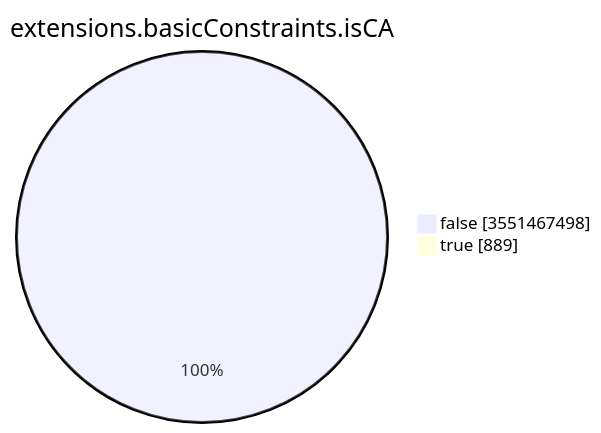
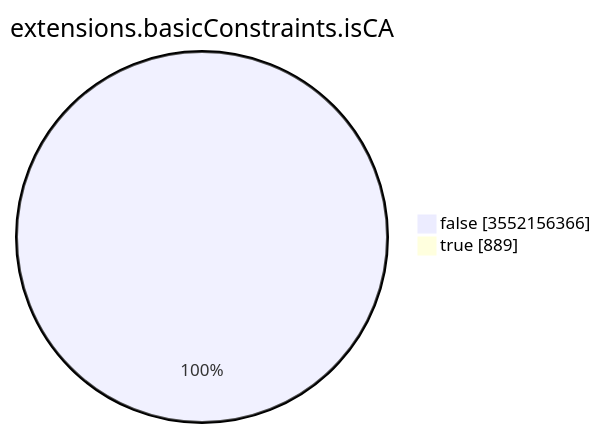
The seventh of 15 diagrams in TOTAL/README.md (christiankrug/ctmonitor_visualization), drawn with Mermaid before and after one commit. The commit also changed other lines of this file, not shown here.

````diff
--- a/TOTAL/README.md
+++ b/TOTAL/README.md
@@ -3094,6 +3094,6 @@
 ```mermaid
 pie showData
 title extensions.basicConstraints.isCA
-"false" :3551467498
+"false" :3552156366
 "true" :889
 ```
````
